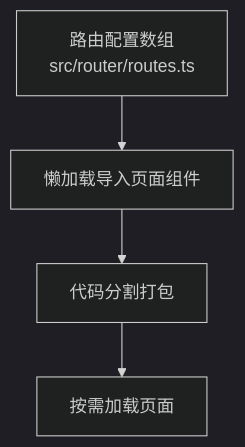
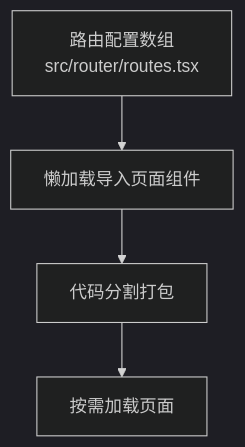
One commit to LouisFantansy/Budget_Mgt_Enterprise changed the ninth of 10 diagrams in .qoder/repowiki/zh/content/前端架构/路由系统与页面导航.md. Above: the diagram before and after it, drawn with Mermaid (dark theme). The commit also changed other lines of this file and 4 other files, not shown here.

````diff
--- a/.qoder/repowiki/zh/content/前端架构/路由系统与页面导航.md
+++ b/.qoder/repowiki/zh/content/前端架构/路由系统与页面导航.md
@@ -315,6 +323,6 @@
 ```mermaid
 graph TB
-R["路由配置数组<br/>src/router/routes.ts"] --> L["懒加载导入页面组件"]
+R["路由配置数组<br/>src/router/routes.tsx"] --> L["懒加载导入页面组件"]
 L --> Split["代码分割打包"]
 Split --> Load["按需加载页面"]
 ```
````
